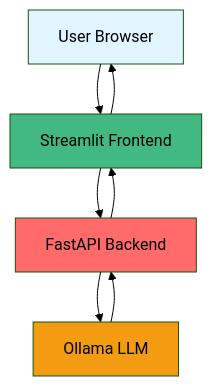
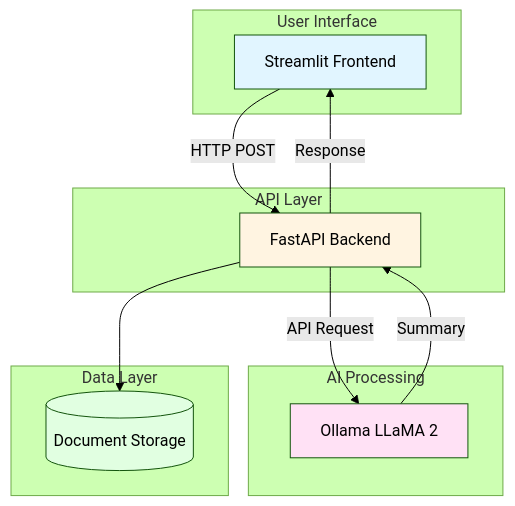
Before and after one commit to lantzmurray/llama-text-summarizer-v2: the first of 2 diagrams in README.md, drawn with Mermaid (forest theme). The commit also changed other lines of this file, not shown here.

Commit message:
Add comprehensive README with business case, architecture diagrams, and interview talking points

````diff
--- a/README.md
+++ b/README.md
@@ -29,14 +31,29 @@
 ```mermaid
-graph TD
-    A[User Browser] --> B[Streamlit Frontend]
-    B --> C[FastAPI Backend]
-    C --> D[Ollama LLM]
-    D --> C
-    C --> B
-    B --> A
+graph TB
+    subgraph "User Interface"
+        A[Streamlit Frontend]
+    end
+    
+    subgraph "API Layer"
+        B[FastAPI Backend]
+    end
+    
+    subgraph "AI Processing"
+        C[Ollama LLaMA 2]
+    end
+    
+    subgraph "Data Layer"
+        D[(Document Storage)]
+    end
+    
+    A -->|HTTP POST| B
+    B -->|API Request| C
+    C -->|Summary| B
+    B -->|Response| A
+    B --> D
     
     style A fill:#e1f5ff
-    style B fill:#42b883
-    style C fill:#ff6b6b
-    style D fill:#f39c12
+    style B fill:#fff4e1
+    style C fill:#ffe1f5
+    style D fill:#e1ffe1
 ```
````
